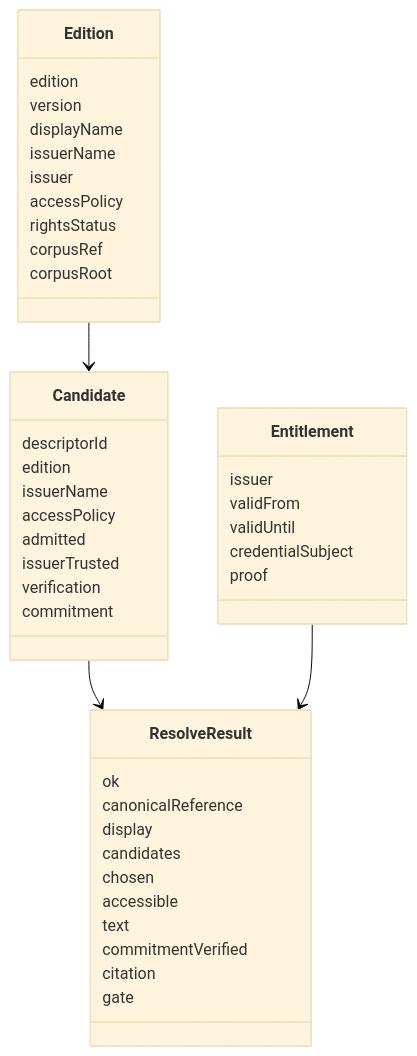
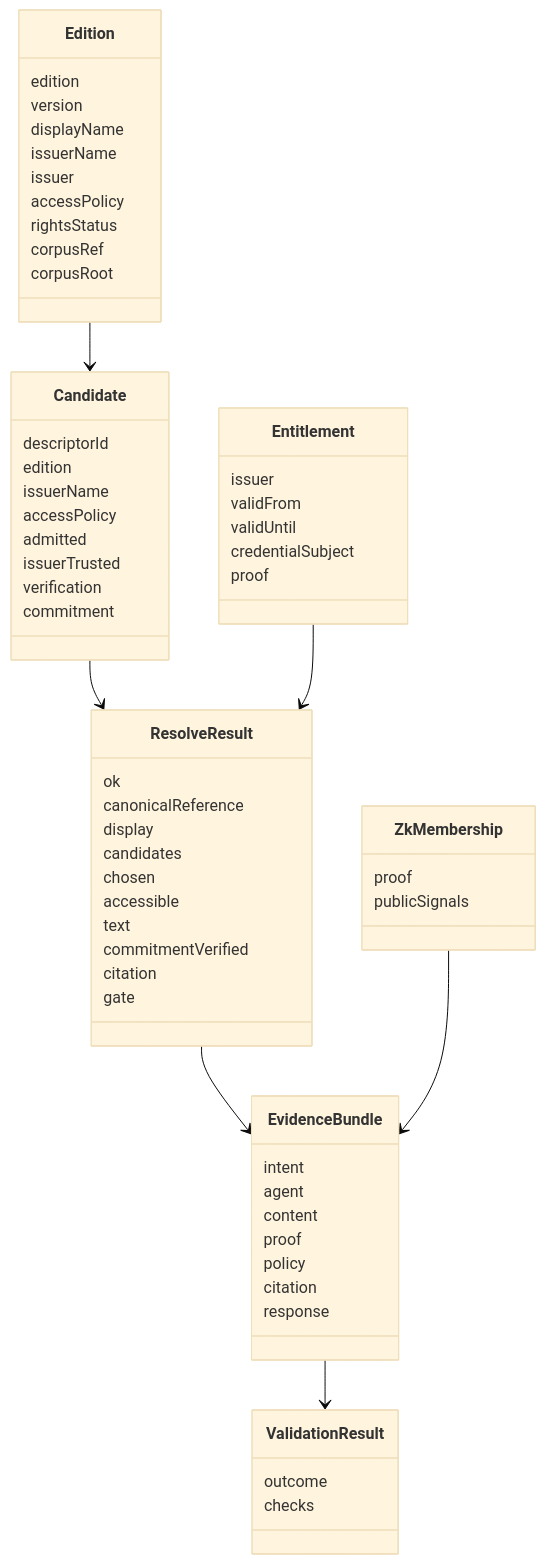
The third of 7 diagrams in documents/technical-architecture.md (rpedersen3/verifiable-content-demo), drawn with Mermaid (base theme) before and after one commit. The commit also changed other lines of this file and 9 other files, not shown here.

````diff
--- a/documents/technical-architecture.md
+++ b/documents/technical-architecture.md
@@ -102,50 +133,73 @@
 ```mermaid
 classDiagram
   class Edition {
     edition
     version
     displayName
     issuerName
     issuer
     accessPolicy
     rightsStatus
     corpusRef
     corpusRoot
   }
 
   class Candidate {
     descriptorId
     edition
     issuerName
     accessPolicy
     admitted
     issuerTrusted
     verification
     commitment
   }
 
   class ResolveResult {
     ok
     canonicalReference
     display
     candidates
     chosen
     accessible
     text
     commitmentVerified
     citation
     gate
   }
 
   class Entitlement {
     issuer
     validFrom
     validUntil
     credentialSubject
     proof
   }
 
+  class EvidenceBundle {
+    intent
+    agent
+    content
+    proof
+    policy
+    citation
+    response
+  }
+
+  class ZkMembership {
+    proof
+    publicSignals
+  }
+
+  class ValidationResult {
+    outcome
+    checks
+  }
+
   Edition --> Candidate
   Candidate --> ResolveResult
   Entitlement --> ResolveResult
+  ResolveResult --> EvidenceBundle
+  ZkMembership --> EvidenceBundle
+  EvidenceBundle --> ValidationResult
 ```
````
